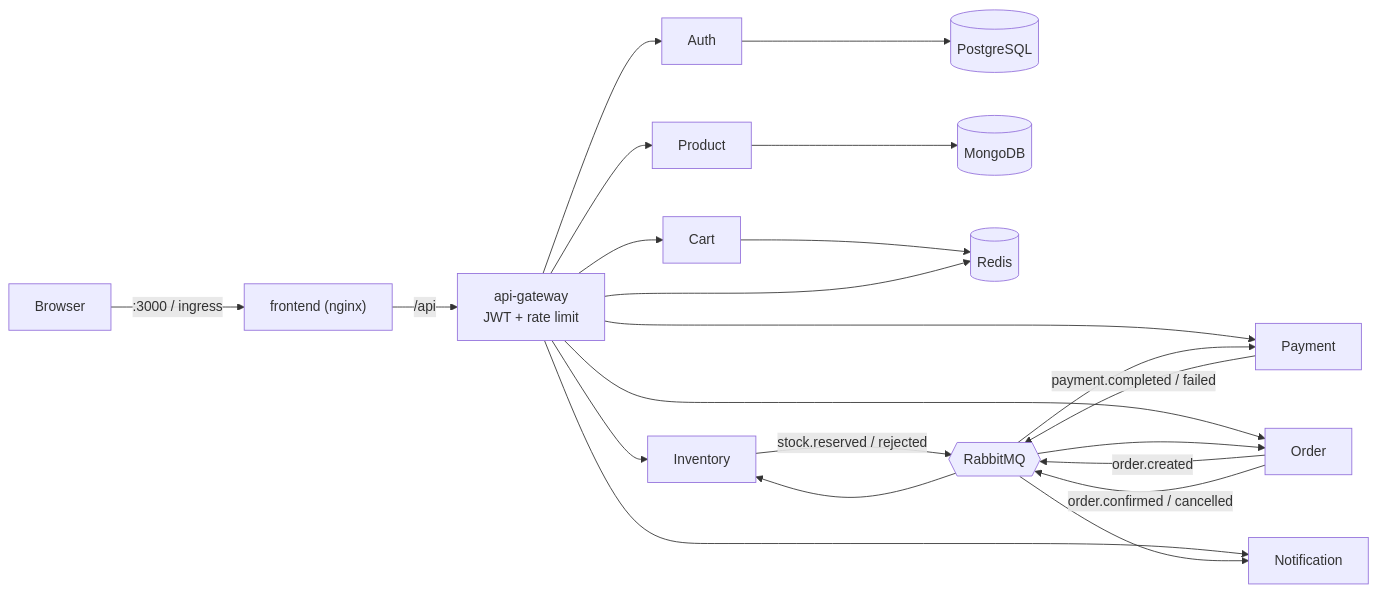
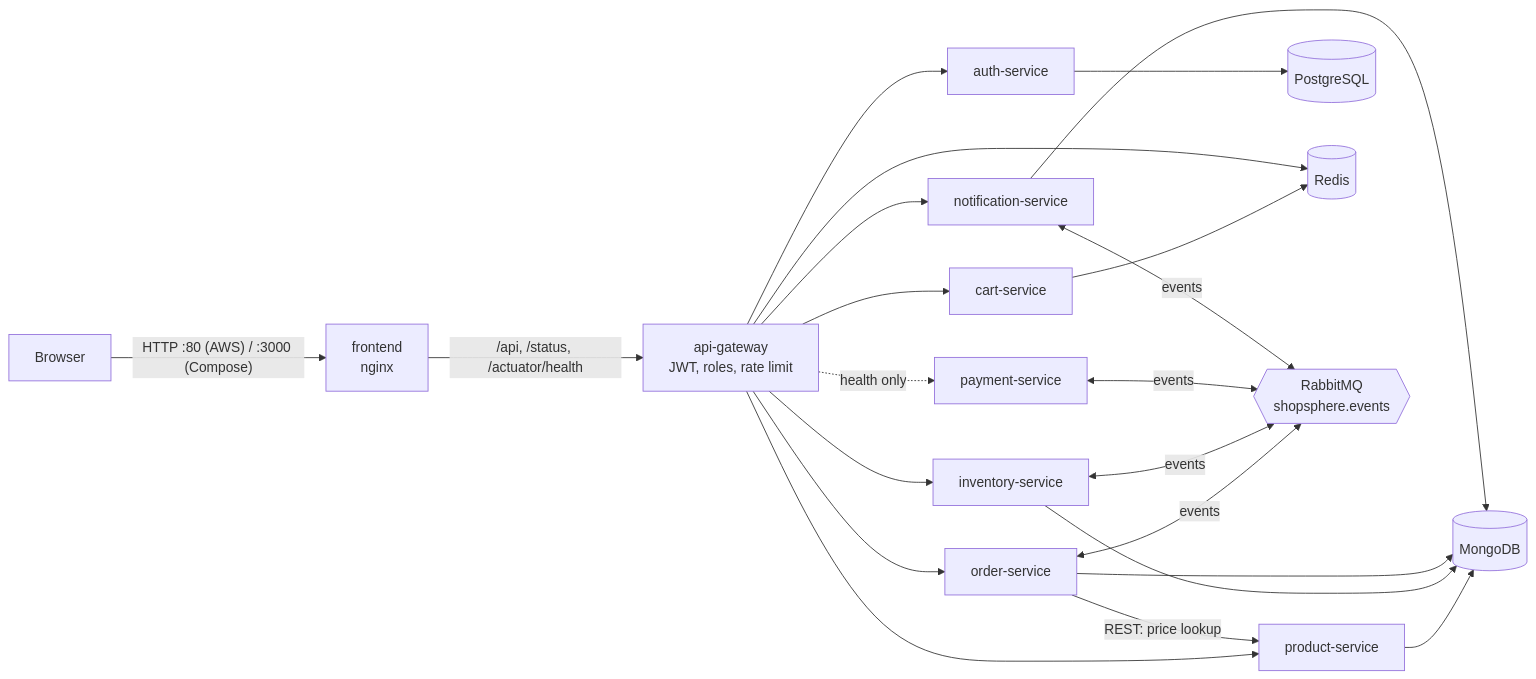
One commit to DSheth2004/shopsphere-cloud-native changed the first of 4 diagrams in README.md. Above: the diagram before and after it, drawn with Mermaid. The commit also changed other lines of this file, not shown here.

````diff
--- a/README.md
+++ b/README.md
@@ -68,15 +88,24 @@
 ```mermaid
 flowchart LR
-  Browser -->|":3000 / ingress"| Frontend["frontend (nginx)"]
-  Frontend -->|/api| Gateway["api-gateway<br/>JWT + rate limit"]
-  Gateway --> Auth & Product & Inventory & Cart & Order & Payment & Notification
+  Browser -->|"HTTP :80 (AWS) / :3000 (Compose)"| Frontend["frontend<br/>nginx"]
+  Frontend -->|"/api, /status, /actuator/health"| Gateway["api-gateway<br/>JWT, roles, rate limit"]
+  Gateway --> Auth[auth-service]
+  Gateway --> Product[product-service]
+  Gateway --> Inventory[inventory-service]
+  Gateway --> Cart[cart-service]
+  Gateway --> Order[order-service]
+  Gateway --> Notification[notification-service]
+  Gateway -. health only .-> Payment[payment-service]
+  Order -->|"REST: price lookup"| Product
   Auth --> Postgres[(PostgreSQL)]
   Product --> Mongo[(MongoDB)]
+  Inventory --> Mongo
+  Order --> Mongo
+  Notification --> Mongo
   Cart --> Redis[(Redis)]
   Gateway --> Redis
-  Order -- order.created --> MQ{{RabbitMQ}}
-  MQ --> Inventory -- stock.reserved / rejected --> MQ
-  MQ --> Payment -- payment.completed / failed --> MQ
-  MQ --> Order -- order.confirmed / cancelled --> MQ
-  MQ --> Notification
+  Order <-->|events| MQ{{RabbitMQ<br/>shopsphere.events}}
+  Inventory <-->|events| MQ
+  Payment <-->|events| MQ
+  Notification <-->|events| MQ
 ```
````
